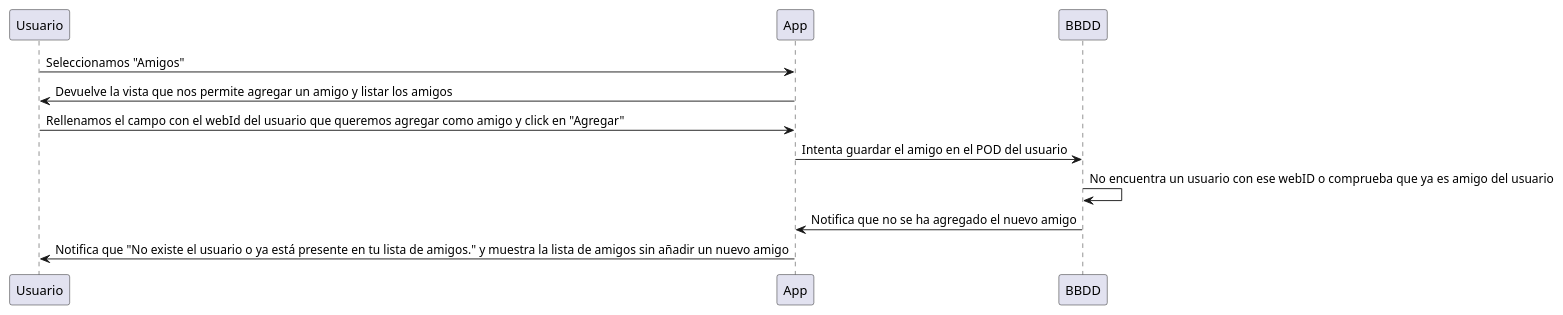
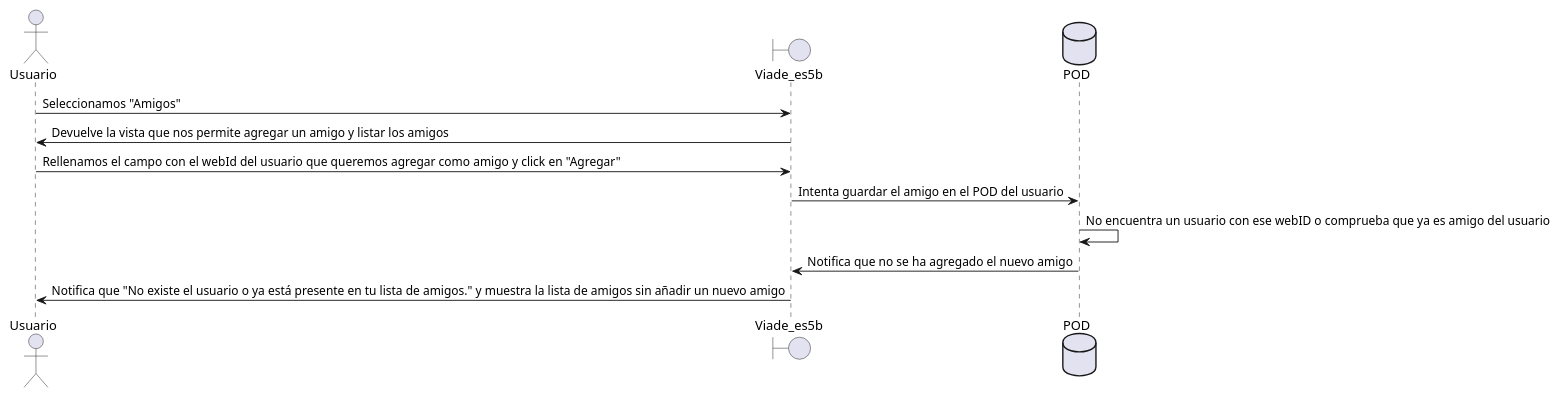
The fifth of 16 diagrams in src/docs/06_runtime_view.adoc (Arquisoft/viade_es5b), drawn with PlantUML before and after one commit. The commit also changed other lines of this file, not shown here.

Commit message:
Cambios a partir del escenario 1

```diff
--- a/src/docs/06_runtime_view.adoc
+++ b/src/docs/06_runtime_view.adoc
@@ -129,10 +141,13 @@
 [plantuml,"DiagramaAgregarAmigoNoExistenteOYaAmigo",png]
 ----
-Usuario -> App: Seleccionamos "Amigos"
-App -> Usuario: Devuelve la vista que nos permite agregar un amigo y listar los amigos
-Usuario -> App: Rellenamos el campo con el webId del usuario que queremos agregar como amigo y click en "Agregar"
-App -> BBDD: Intenta guardar el amigo en el POD del usuario
-BBDD -> BBDD: No encuentra un usuario con ese webID o comprueba que ya es amigo del usuario
-BBDD -> App: Notifica que no se ha agregado el nuevo amigo
-App -> Usuario: Notifica que "No existe el usuario o ya está presente en tu lista de amigos." y muestra la lista de amigos sin añadir un nuevo amigo
+actor Usuario
+boundary Viade_es5b
+database POD
+Usuario -> Viade_es5b: Seleccionamos "Amigos"
+Viade_es5b -> Usuario: Devuelve la vista que nos permite agregar un amigo y listar los amigos
+Usuario -> Viade_es5b: Rellenamos el campo con el webId del usuario que queremos agregar como amigo y click en "Agregar"
+Viade_es5b -> POD: Intenta guardar el amigo en el POD del usuario
+POD -> POD: No encuentra un usuario con ese webID o comprueba que ya es amigo del usuario
+POD -> Viade_es5b: Notifica que no se ha agregado el nuevo amigo
+Viade_es5b -> Usuario: Notifica que "No existe el usuario o ya está presente en tu lista de amigos." y muestra la lista de amigos sin añadir un nuevo amigo
 ----
```
